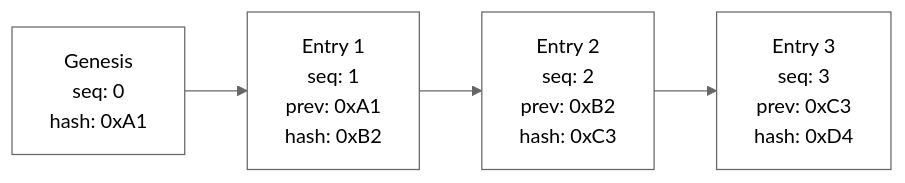
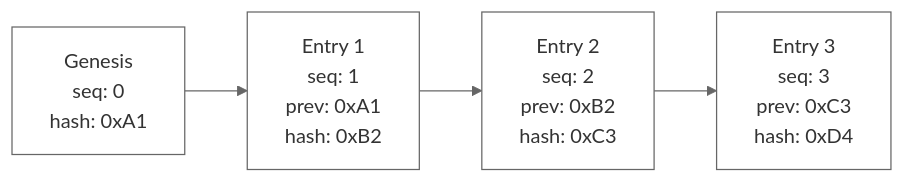
Before and after one commit to trustorno/sigaid: the fifth of 7 diagrams in README.md, drawn with Mermaid. The commit also changed other lines of this file, not shown here.

Commit message:
Consistent white background for all diagrams

````diff
--- a/README.md
+++ b/README.md
@@ -153,12 +123,7 @@
 ```mermaid
-%%{init: {'theme': 'neutral', 'themeVariables': { 'mainBkg': 'transparent'}}}%%
+%%{init: {'theme': 'base', 'themeVariables': { 'primaryColor': '#fff', 'primaryBorderColor': '#666', 'lineColor': '#666', 'primaryTextColor': '#333'}}}%%
 graph LR
     G[Genesis<br/>seq: 0<br/>hash: 0xA1] --> E1[Entry 1<br/>seq: 1<br/>prev: 0xA1<br/>hash: 0xB2]
     E1 --> E2[Entry 2<br/>seq: 2<br/>prev: 0xB2<br/>hash: 0xC3]
     E2 --> E3[Entry 3<br/>seq: 3<br/>prev: 0xC3<br/>hash: 0xD4]
-
-    style G fill:none,stroke:#666
-    style E1 fill:none,stroke:#666
-    style E2 fill:none,stroke:#666
-    style E3 fill:none,stroke:#666
 ```
````
